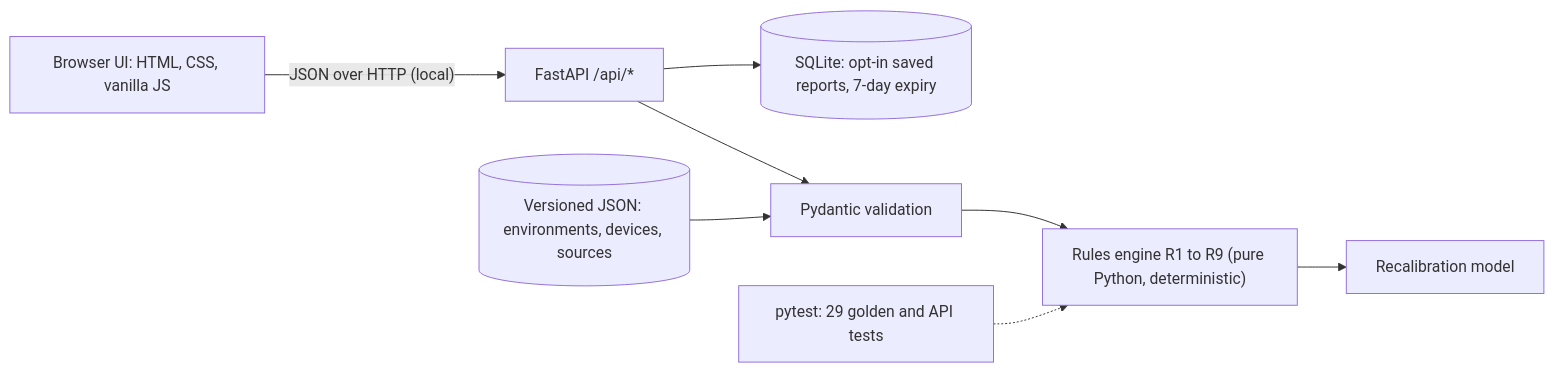
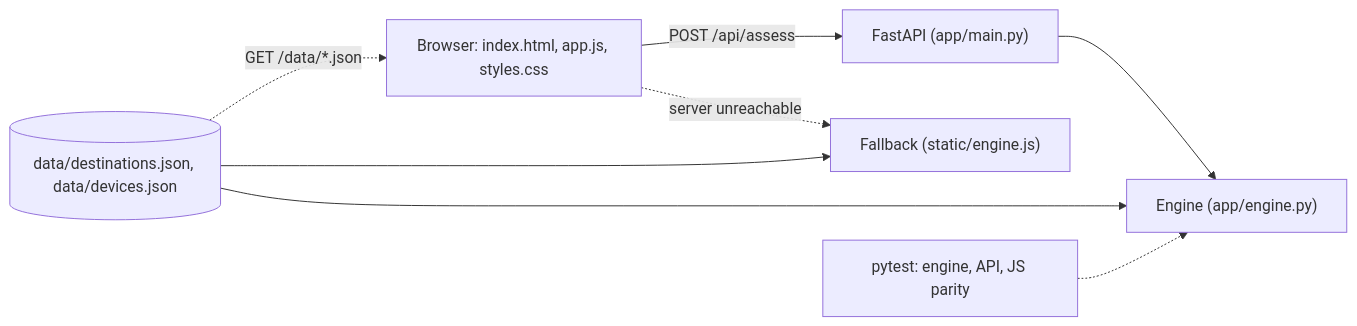
Before and after one commit to Dhaker-Chamam/HACKATHON-SESAME: the diagram in README.md, drawn with Mermaid. The commit also changed other lines of this file and 27 other files, not shown here.

First line of the commit message:
Redesign into a 3-step flow with a single-module engine

````diff
--- a/README.md
+++ b/README.md
@@ -82,10 +121,10 @@
 ```mermaid
 flowchart LR
-    UI["Browser UI: HTML, CSS, vanilla JS"] -- "JSON over HTTP (local)" --> API["FastAPI /api/*"]
-    API --> VAL["Pydantic validation"]
-    VAL --> ENG["Rules engine R1 to R9 (pure Python, deterministic)"]
-    ENG --> REC["Recalibration model"]
-    DATA[("Versioned JSON: environments, devices, sources")] --> VAL
-    API --> DB[("SQLite: opt-in saved reports, 7-day expiry")]
-    TESTS["pytest: 29 golden and API tests"] -.-> ENG
+    UI["Browser: index.html, app.js, styles.css"] -- "POST /api/assess" --> API["FastAPI (app/main.py)"]
+    API --> ENG["Engine (app/engine.py)"]
+    DATA[("data/destinations.json, data/devices.json")] --> ENG
+    UI -. "server unreachable" .-> FB["Fallback (static/engine.js)"]
+    DATA -. "GET /data/*.json" .-> UI
+    DATA --> FB
+    TESTS["pytest: engine, API, JS parity"] -.-> ENG
 ```
````
